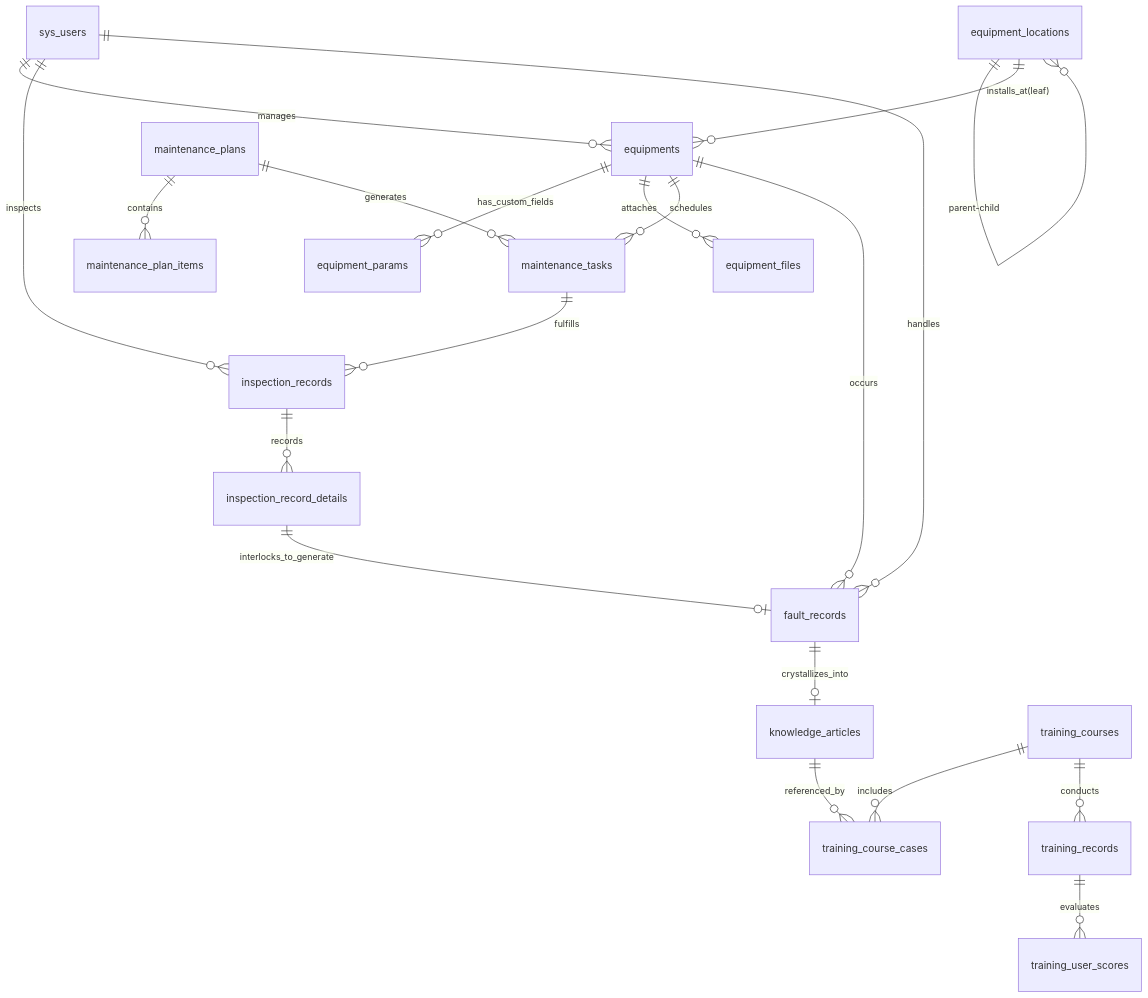
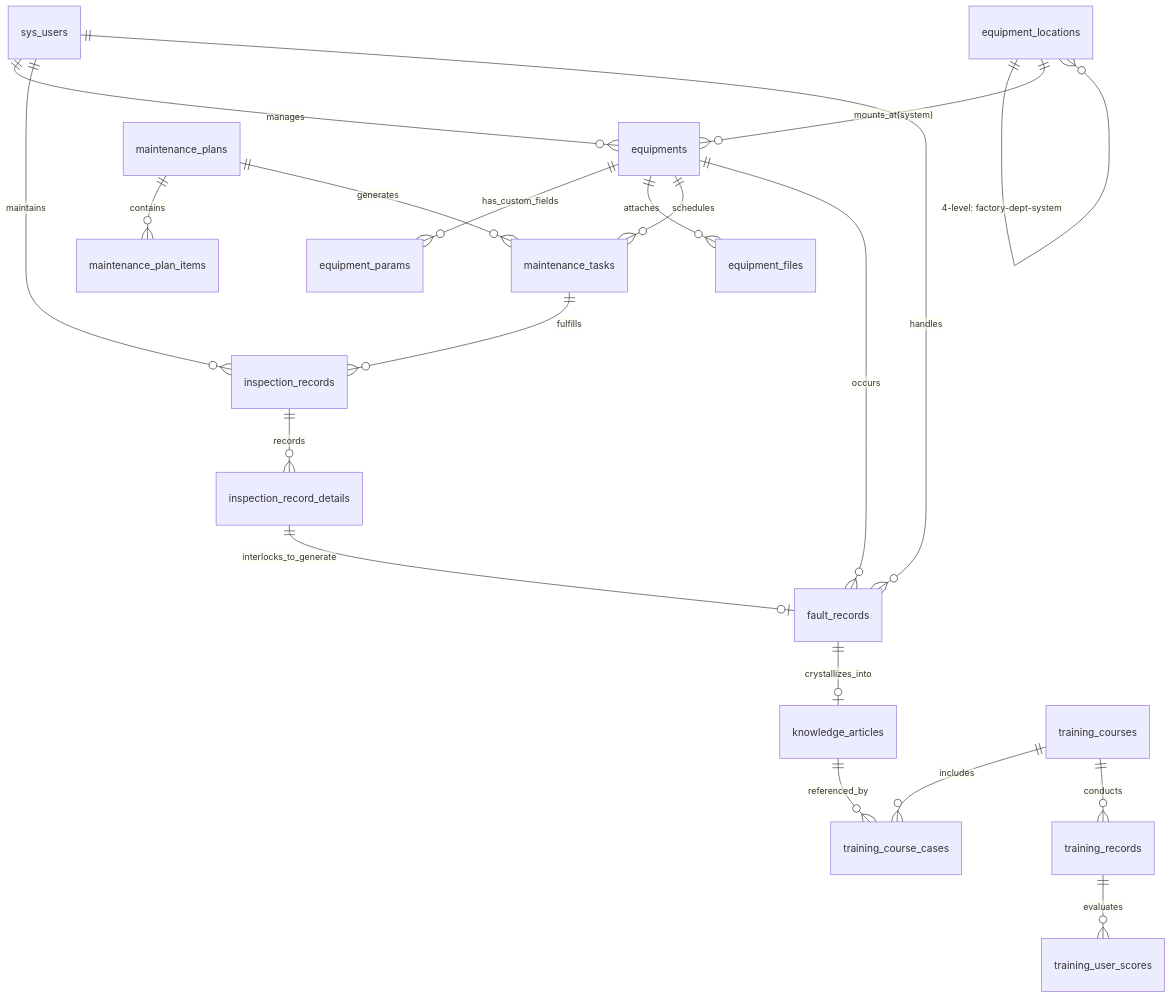
The first of 4 diagrams in docs/system_design_document.md (diandiandia/MaintainWise), drawn with Mermaid before and after one commit. The commit also changed other lines of this file and 5 other files, not shown here.

````diff
--- a/docs/system_design_document.md
+++ b/docs/system_design_document.md
@@ -81,27 +81,27 @@
 ```mermaid
 erDiagram
     sys_users ||--o{ equipments : "manages"
-    sys_users ||--o{ inspection_records : "inspects"
+    sys_users ||--o{ inspection_records : "maintains"
     sys_users ||--o{ fault_records : "handles"
     
-    equipment_locations ||--o{ equipment_locations : "parent-child"
-    equipment_locations ||--o{ equipments : "installs_at(leaf)"
+    equipment_locations ||--o{ equipment_locations : "4-level: factory-dept-system"
+    equipment_locations ||--o{ equipments : "mounts_at(system)"
     
     equipments ||--o{ equipment_params : "has_custom_fields"
     equipments ||--o{ equipment_files : "attaches"
     equipments ||--o{ maintenance_tasks : "schedules"
     equipments ||--o{ fault_records : "occurs"
     
     maintenance_plans ||--o{ maintenance_plan_items : "contains"
     maintenance_plans ||--o{ maintenance_tasks : "generates"
     
     maintenance_tasks ||--o{ inspection_records : "fulfills"
     inspection_records ||--o{ inspection_record_details : "records"
     inspection_record_details ||--o| fault_records : "interlocks_to_generate"
     
     fault_records ||--o| knowledge_articles : "crystallizes_into"
     knowledge_articles ||--o{ training_course_cases : "referenced_by"
     training_courses ||--o{ training_course_cases : "includes"
     training_courses ||--o{ training_records : "conducts"
     training_records ||--o{ training_user_scores : "evaluates"
 ```
````
